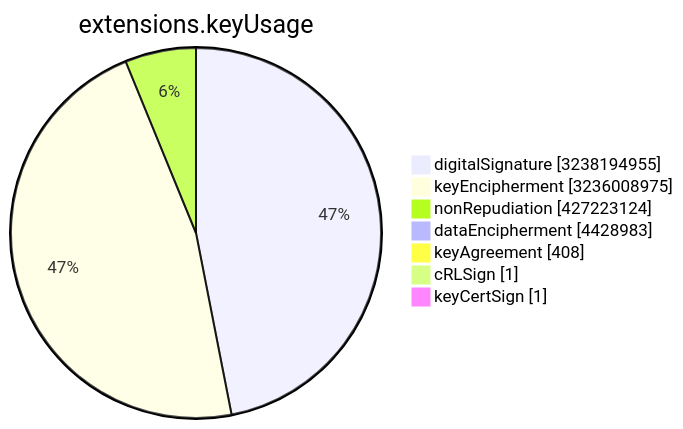
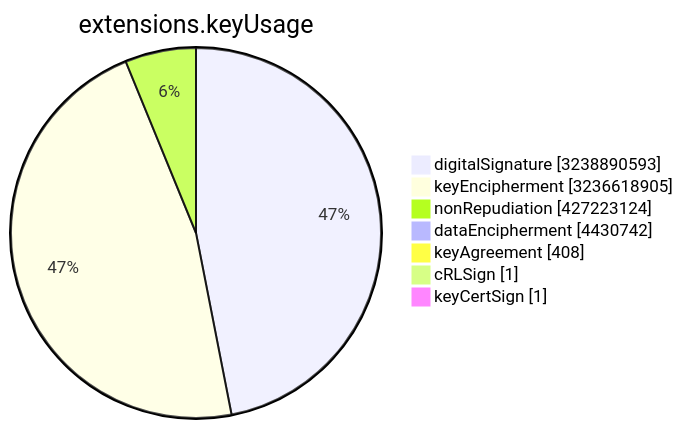
One commit to christiankrug/ctmonitor_visualization changed the sixth of 15 diagrams in TOTAL/README.md. Above: the diagram before and after it, drawn with Mermaid. The commit also changed other lines of this file, not shown here.

````diff
--- a/TOTAL/README.md
+++ b/TOTAL/README.md
@@ -3077,11 +3077,11 @@
 ```mermaid
 pie showData
 title extensions.keyUsage
-"digitalSignature" :3238194955
-"keyEncipherment" :3236008975
+"digitalSignature" :3238890593
+"keyEncipherment" :3236618905
 "nonRepudiation" :427223124
-"dataEncipherment" :4428983
+"dataEncipherment" :4430742
 "keyAgreement" :408
 "cRLSign" :1
 "keyCertSign" :1
 ```
````
